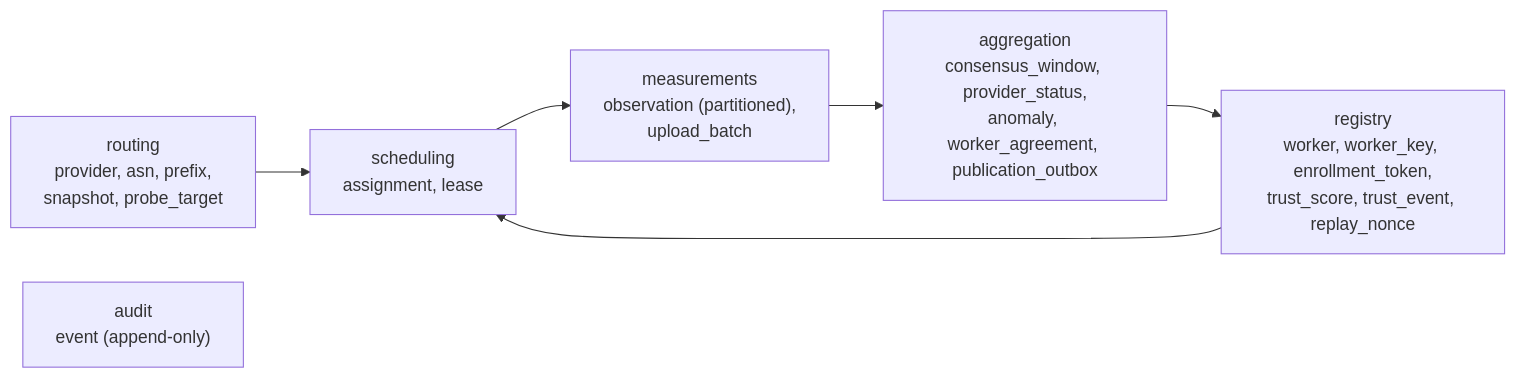
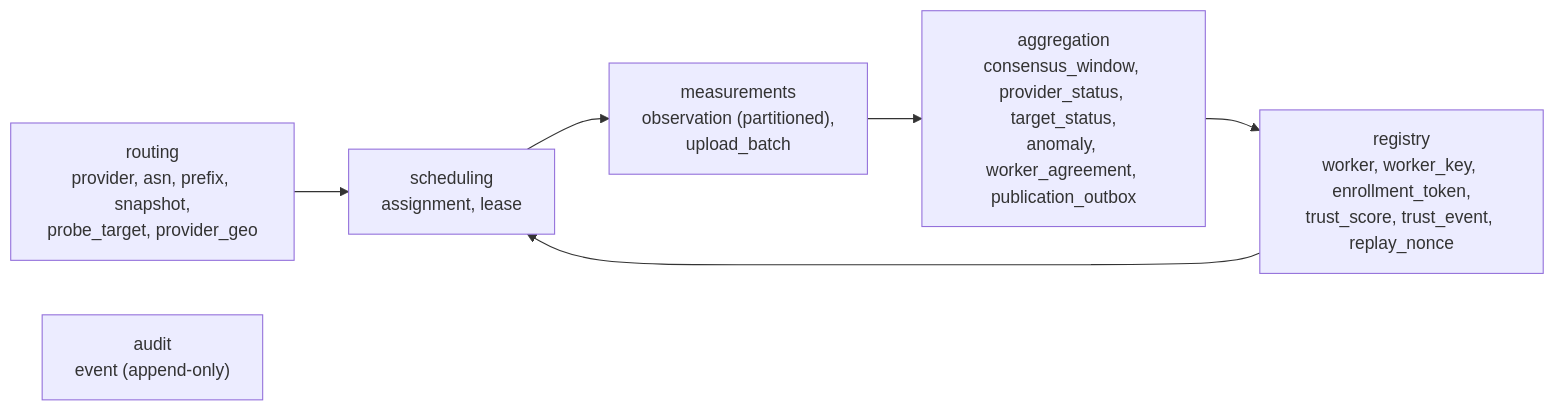
Before and after one commit to HummingByteDev/vpsa-network-discovery: the diagram in docs/reference/database-schema.md, drawn with Mermaid. The commit also changed other lines of this file and 45 other files, not shown here.

````diff
--- a/docs/reference/database-schema.md
+++ b/docs/reference/database-schema.md
@@ -22,12 +22,12 @@
 ```mermaid
 flowchart LR
-  routing["routing<br/>provider, asn, prefix,<br/>snapshot, probe_target"]
+  routing["routing<br/>provider, asn, prefix, snapshot,<br/>probe_target, provider_geo"]
   registry["registry<br/>worker, worker_key, enrollment_token,<br/>trust_score, trust_event, replay_nonce"]
   scheduling["scheduling<br/>assignment, lease"]
   measurements["measurements<br/>observation (partitioned),<br/>upload_batch"]
-  aggregation["aggregation<br/>consensus_window, provider_status,<br/>anomaly, worker_agreement, publication_outbox"]
+  aggregation["aggregation<br/>consensus_window, provider_status, target_status,<br/>anomaly, worker_agreement, publication_outbox"]
   audit["audit<br/>event (append-only)"]
   routing --> scheduling --> measurements --> aggregation
   registry --> scheduling
   aggregation --> registry
 ```
````
